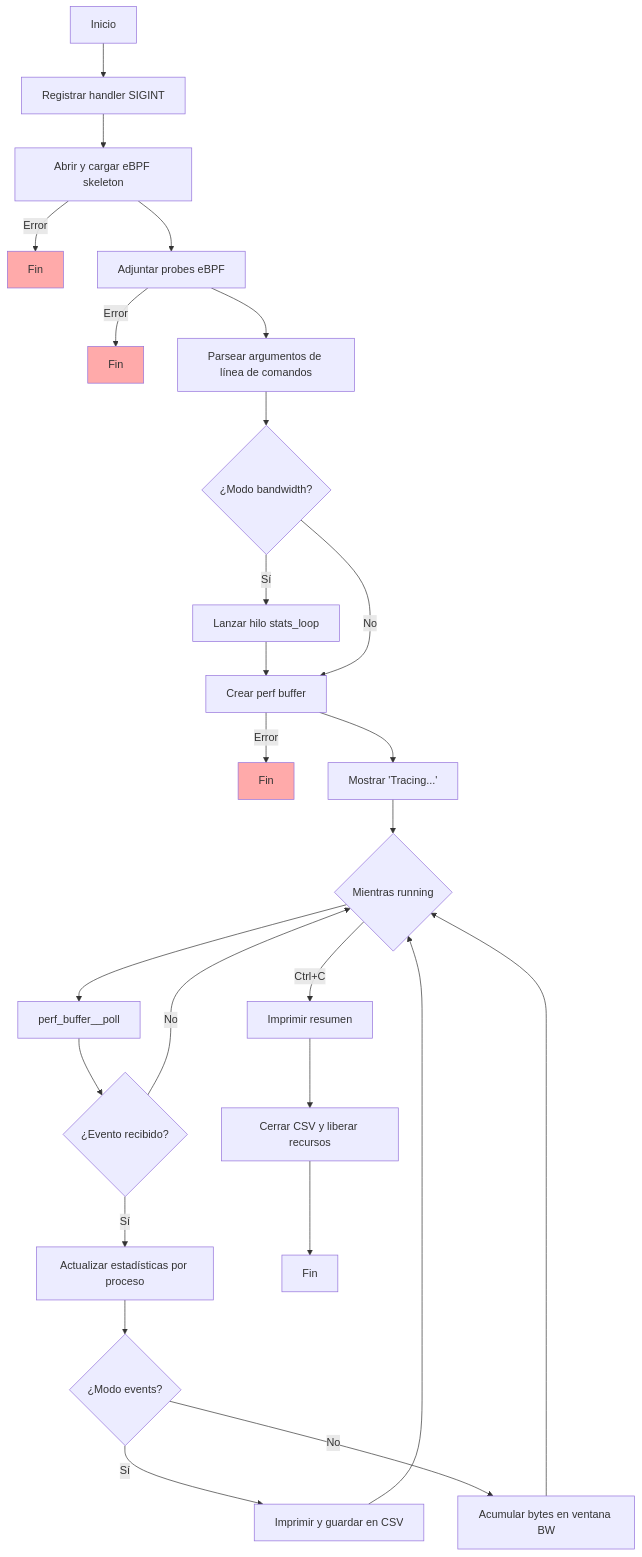
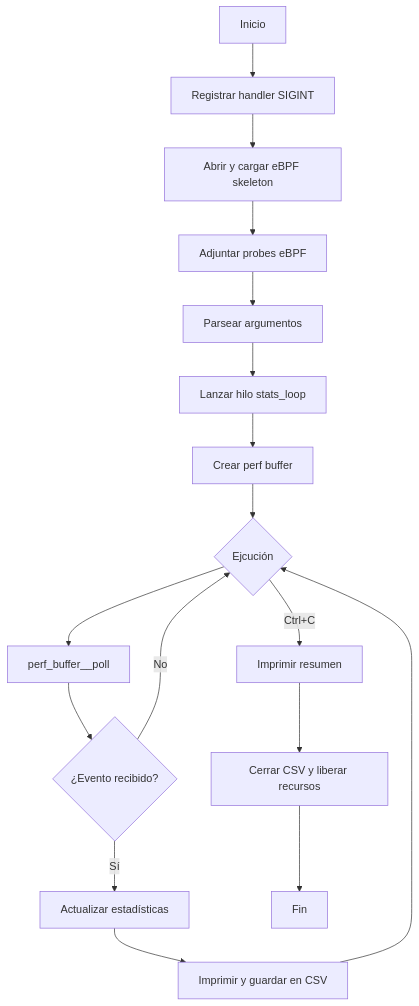
One commit to raxzers/diagrmas_mermaid changed the diagram in dig_flujo_tfg.md. Above: the diagram before and after it, drawn with Mermaid.

Commit message:
Refactor flowchart by removing error paths

````diff
--- a/dig_flujo_tfg.md
+++ b/dig_flujo_tfg.md
@@ -1,33 +1,19 @@
 ```mermaid
 flowchart TD
     A[Inicio] --> B[Registrar handler SIGINT]
     B --> C[Abrir y cargar eBPF skeleton]
-    C -->|Error| Z1[Fin]
     C --> D[Adjuntar probes eBPF]
-    D -->|Error| Z2[Fin]
-    D --> E[Parsear argumentos de línea de comandos]
-    E --> F{¿Modo bandwidth?}
-    F -- Sí --> G[Lanzar hilo stats_loop]
+    D --> E[Parsear argumentos ]
+    E -->  G[Lanzar hilo stats_loop]
     G --> H[Crear perf buffer]
-    F -- No --> H
-    H -->|Error| Z3[Fin]
-    H --> I[Mostrar 'Tracing...']
-    I --> J{Mientras running}
+    H -->  J{Ejcución}
     J --> K[perf_buffer__poll]
     K --> L{¿Evento recibido?}
-    L -- Sí --> M[Actualizar estadísticas por proceso]
-    M --> N{¿Modo events?}
-    N -- Sí --> O[Imprimir y guardar en CSV]
-    N -- No --> P[Acumular bytes en ventana BW]
+    L -- Sí --> M[Actualizar estadísticas]
+    M -->  O[Imprimir y guardar en CSV]
     L -- No --> J
     O --> J
-    P --> J
     J -- Ctrl+C --> Q[Imprimir resumen]
     Q --> R[Cerrar CSV y liberar recursos]
     R --> S[Fin]
-
-    %% Errores
-    style Z1 fill:#faa
-    style Z2 fill:#faa
-    style Z3 fill:#faa
 ```
````
